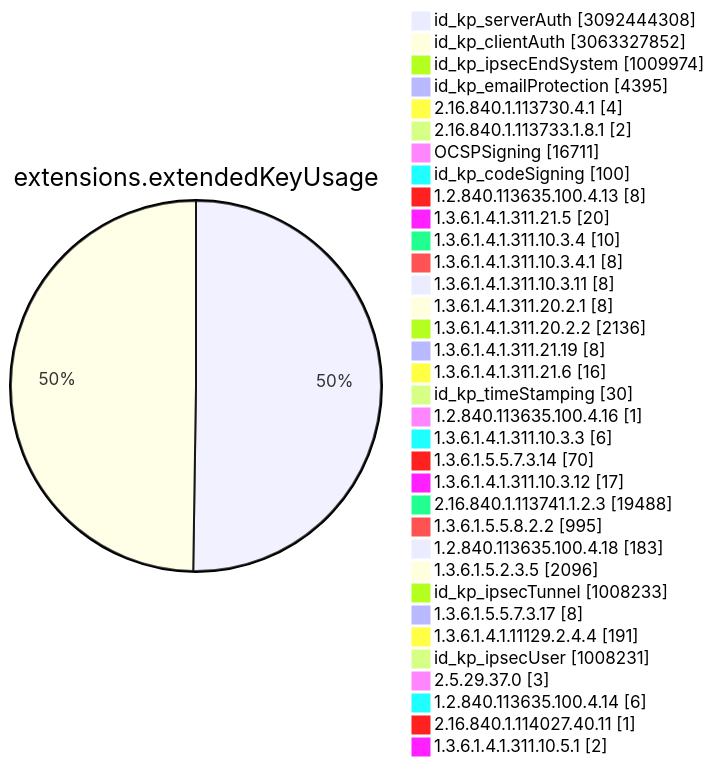
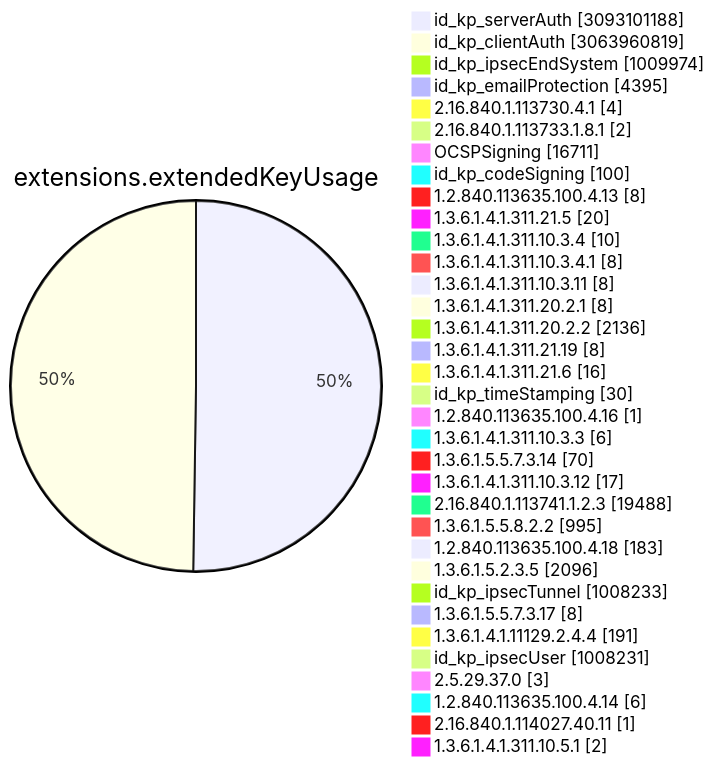
One commit to christiankrug/ctmonitor_visualization changed diagram 11 of 15 in TOTAL/README.md. Above: the diagram before and after it, drawn with Mermaid. The commit also changed other lines of this file, not shown here.

````diff
--- a/TOTAL/README.md
+++ b/TOTAL/README.md
@@ -4119,38 +4119,38 @@
 ```mermaid
 pie showData
 title extensions.extendedKeyUsage
-"id_kp_serverAuth" :3092444308
-"id_kp_clientAuth" :3063327852
+"id_kp_serverAuth" :3093101188
+"id_kp_clientAuth" :3063960819
 "id_kp_ipsecEndSystem" :1009974
 "id_kp_emailProtection" :4395
 "2.16.840.1.113730.4.1" :4
 "2.16.840.1.113733.1.8.1" :2
 "OCSPSigning" :16711
 "id_kp_codeSigning" :100
 "1.2.840.113635.100.4.13" :8
 "1.3.6.1.4.1.311.21.5" :20
 "1.3.6.1.4.1.311.10.3.4" :10
 "1.3.6.1.4.1.311.10.3.4.1" :8
 "1.3.6.1.4.1.311.10.3.11" :8
 "1.3.6.1.4.1.311.20.2.1" :8
 "1.3.6.1.4.1.311.20.2.2" :2136
 "1.3.6.1.4.1.311.21.19" :8
 "1.3.6.1.4.1.311.21.6" :16
 "id_kp_timeStamping" :30
 "1.2.840.113635.100.4.16" :1
 "1.3.6.1.4.1.311.10.3.3" :6
 "1.3.6.1.5.5.7.3.14" :70
 "1.3.6.1.4.1.311.10.3.12" :17
 "2.16.840.1.113741.1.2.3" :19488
 "1.3.6.1.5.5.8.2.2" :995
 "1.2.840.113635.100.4.18" :183
 "1.3.6.1.5.2.3.5" :2096
 "id_kp_ipsecTunnel" :1008233
 "1.3.6.1.5.5.7.3.17" :8
 "1.3.6.1.4.1.11129.2.4.4" :191
 "id_kp_ipsecUser" :1008231
 "2.5.29.37.0" :3
 "1.2.840.113635.100.4.14" :6
 "2.16.840.1.114027.40.11" :1
 "1.3.6.1.4.1.311.10.5.1" :2
 ```
````
